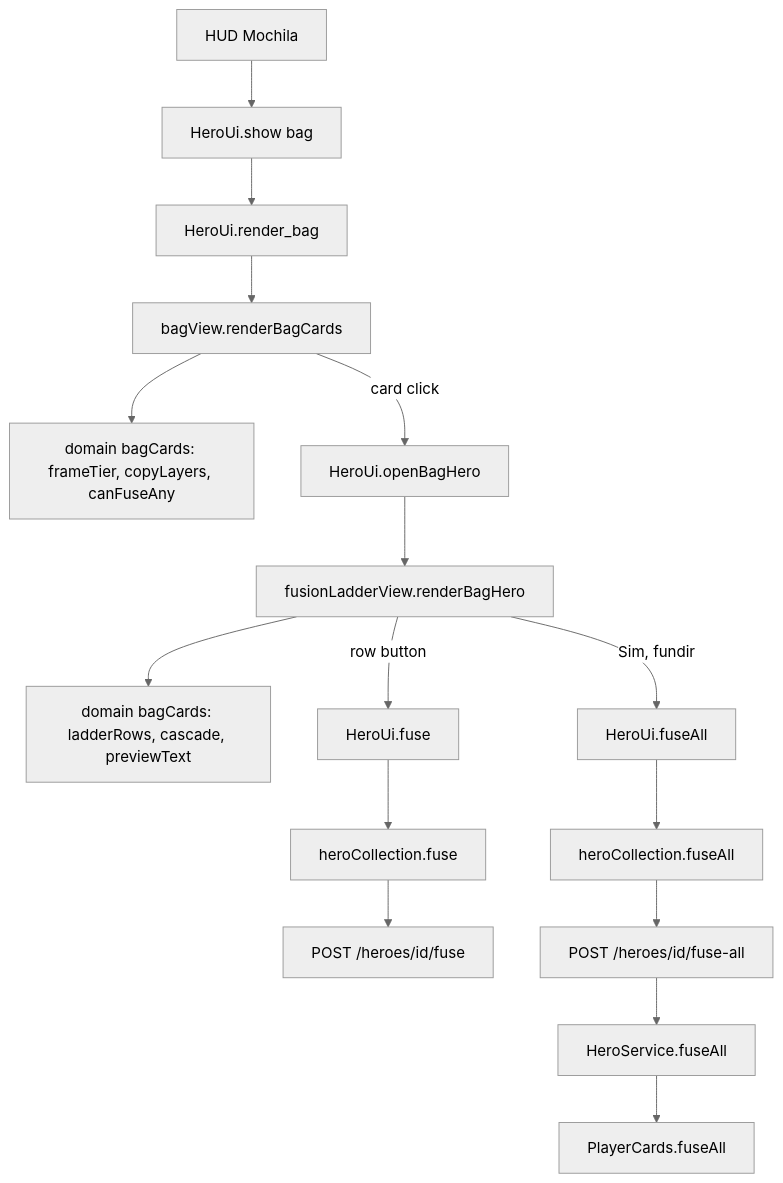
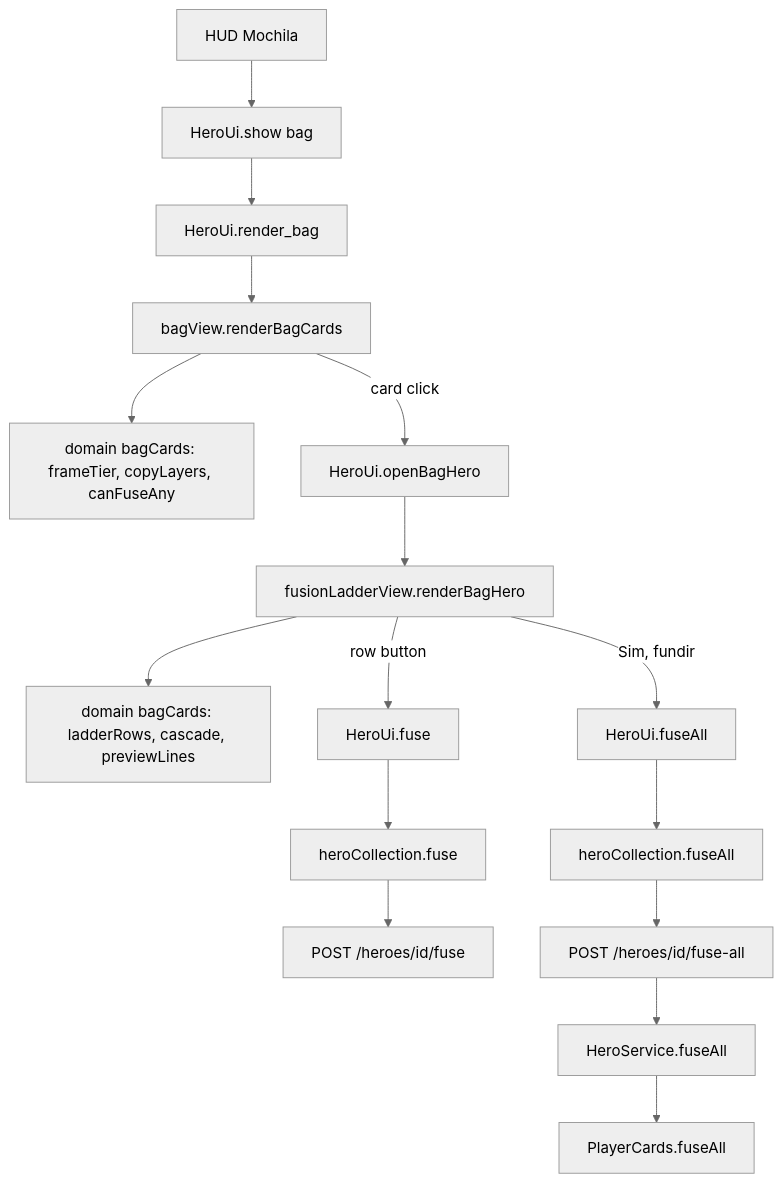
Before and after one commit to woodriveer/infinity-grove-phaser: the diagram in .specs/features/hero-bag-cards/design.md, drawn with Mermaid (neutral theme). The commit also changed other lines of this file and 3 other files, not shown here.

First line of the commit message:
docs(hero-bag-cards): turn the ui review into tasks T17 to T22

````diff
--- a/.specs/features/hero-bag-cards/design.md
+++ b/.specs/features/hero-bag-cards/design.md
@@ -12,15 +12,15 @@
 ```mermaid
 graph TD
     HUD[HUD Mochila] --> SB[HeroUi.show bag]
     SB --> RB[HeroUi.render_bag]
     RB --> BV[bagView.renderBagCards]
     BV --> BC[domain bagCards: frameTier, copyLayers, canFuseAny]
     BV -- card click --> OH[HeroUi.openBagHero]
     OH --> LV[fusionLadderView.renderBagHero]
-    LV --> BC2[domain bagCards: ladderRows, cascade, previewText]
+    LV --> BC2[domain bagCards: ladderRows, cascade, previewLines]
     LV -- row button --> F[HeroUi.fuse]
     LV -- Sim, fundir --> FA[HeroUi.fuseAll]
     F --> HC[heroCollection.fuse] --> API1[POST /heroes/id/fuse]
     FA --> HC2[heroCollection.fuseAll] --> API2[POST /heroes/id/fuse-all]
     API2 --> SVC[HeroService.fuseAll] --> PC[PlayerCards.fuseAll]
 ```
````
